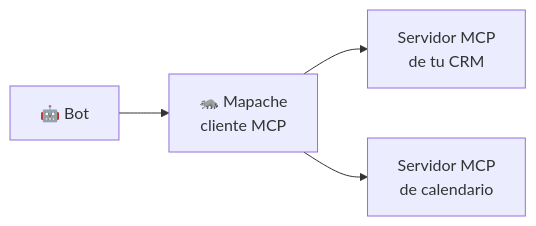
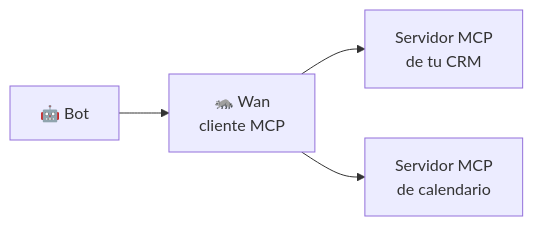
The diagram in docs/herramientas.md (stevengazo/Wan-API), drawn with Mermaid before and after one commit. The commit also changed other lines of this file and 218 other files, not shown here.

````diff
--- a/docs/herramientas.md
+++ b/docs/herramientas.md
@@ -42,6 +42,6 @@
 ```mermaid
 flowchart LR
-    B["🤖 Bot"] --> M["🦝 Mapache<br/>cliente MCP"]
+    B["🤖 Bot"] --> M["🦝 Wan<br/>cliente MCP"]
     M --> S1["Servidor MCP<br/>de tu CRM"]
     M --> S2["Servidor MCP<br/>de calendario"]
 ```
````
